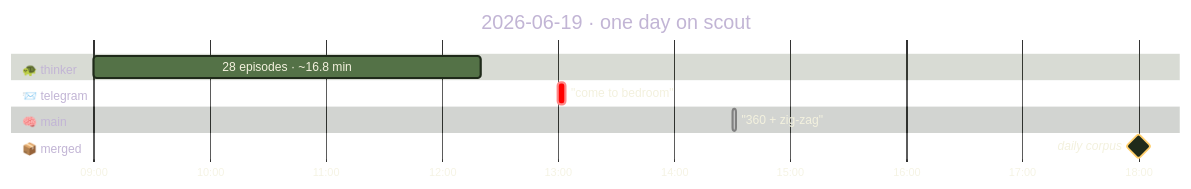
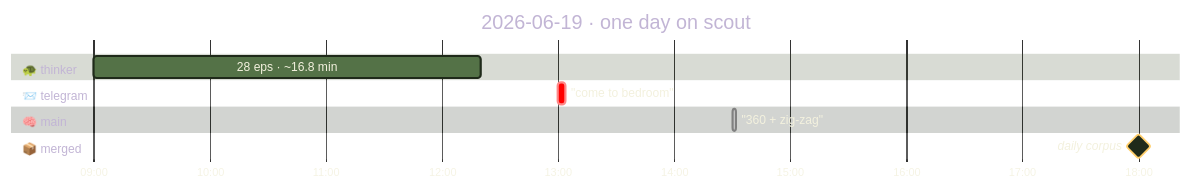
One commit to cagataycali/scout-the-rover changed the second of 2 diagrams in README.md. Above: the diagram before and after it, drawn with Mermaid. The commit also changed other lines of this file, not shown here.

````diff
--- a/README.md
+++ b/README.md
@@ -599,22 +434,19 @@
 ```mermaid
 %%{init: {'theme':'base','themeVariables':{
-  'background':'#0d130a',
-  'primaryColor':'#1f2a1a',
-  'primaryTextColor':'#f3f1de',
-  'primaryBorderColor':'#ffce6b',
-  'lineColor':'#a8d99a',
-  'tertiaryColor':'#3d4a2a'
+  'background':'#0d130a','primaryColor':'#1f2a1a',
+  'primaryTextColor':'#f3f1de','primaryBorderColor':'#ffce6b',
+  'lineColor':'#a8d99a','tertiaryColor':'#3d4a2a'
 }}}%%
 gantt
     title 2026-06-19 · one day on scout
     dateFormat HH:mm
     axisFormat %H:%M
     section 🐢 thinker
-    28 episodes · ~16.8 min :active, 09:00, 200m
+    28 eps · ~16.8 min :active, 09:00, 200m
     section 📨 telegram
     "come to bedroom" :crit, 13:00, 4m
     section 🧠 main
-    "360 + zig-zag"   :done, 14:30, 2m
+    "360 + zig-zag" :done, 14:30, 2m
     section 📦 merged
-    daily corpus      :milestone, 18:00, 0m
+    daily corpus :milestone, 18:00, 0m
 ```
````
